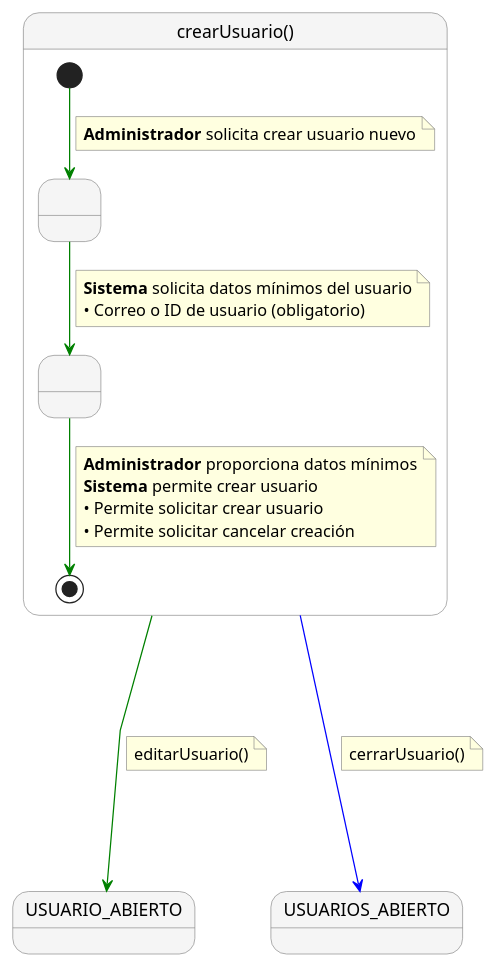
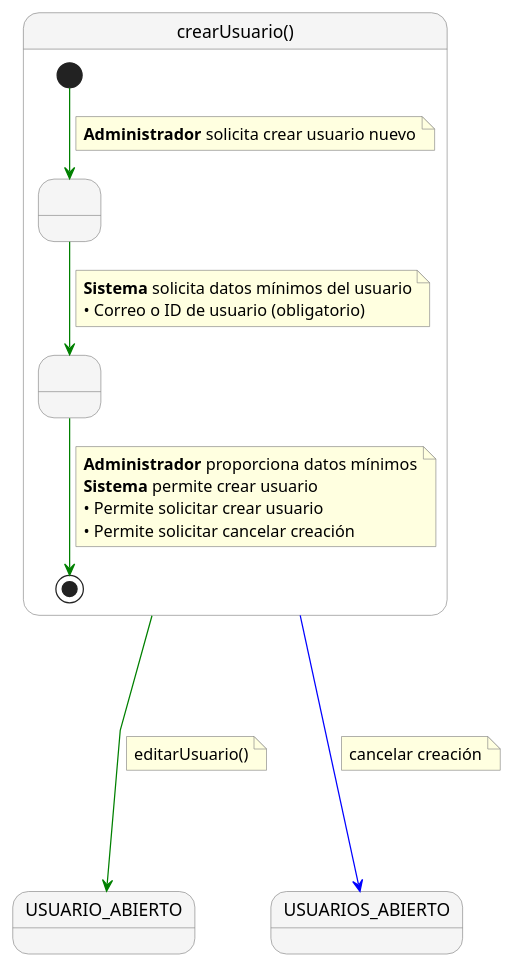
The diagram in documents/CasosDeUso/DetalladoCasosDeUso/Administrador/crearUsuario.puml (enmabry/25-26-IdSw1-SdR), drawn with PlantUML before and after one commit. The commit also changed 5 other files, not shown here.

```diff
--- a/documents/CasosDeUso/DetalladoCasosDeUso/Administrador/crearUsuario.puml
+++ b/documents/CasosDeUso/DetalladoCasosDeUso/Administrador/crearUsuario.puml
@@ -1,48 +1,48 @@
 @startuml
 skinparam nodesep 60
 skinparam ranksep 60
 skinparam linetype polyline
 skinparam NoteBackgroundColor lightyellow
 skinparam NoteBorderColor gray
 skinparam StateBackgroundColor #F5F5F5
 skinparam StateBorderColor gray
 
 state "crearUsuario()" as crearUsuario {
    
     ' Estados anónimos vacíos para simular los pasos
     state " " as Paso1
     state " " as Paso2
    
     [*] -[#green]-> Paso1
     note on link
       <b>Administrador</b> solicita crear usuario nuevo
     end note
    
     Paso1 -[#green]-> Paso2
     note on link
       <b>Sistema</b> solicita datos mínimos del usuario
       • Correo o ID de usuario (obligatorio)
     end note
    
     Paso2 -[#green]-> [*]
     note on link
       <b>Administrador</b> proporciona datos mínimos
       <b>Sistema</b> permite crear usuario
       • Permite solicitar crear usuario
       • Permite solicitar cancelar creación
     end note
 }
 
 state "USUARIO_ABIERTO" as USUARIO_ABIERTO
 state "USUARIOS_ABIERTO" as USUARIOS_ABIERTO
 
 crearUsuario -[#green]---> USUARIO_ABIERTO
 note right on link
   editarUsuario()
 end note
 
 crearUsuario -[#blue]---> USUARIOS_ABIERTO
 note right on link
-  cerrarUsuario()
+  cancelar creación
 end note
 @enduml
```
